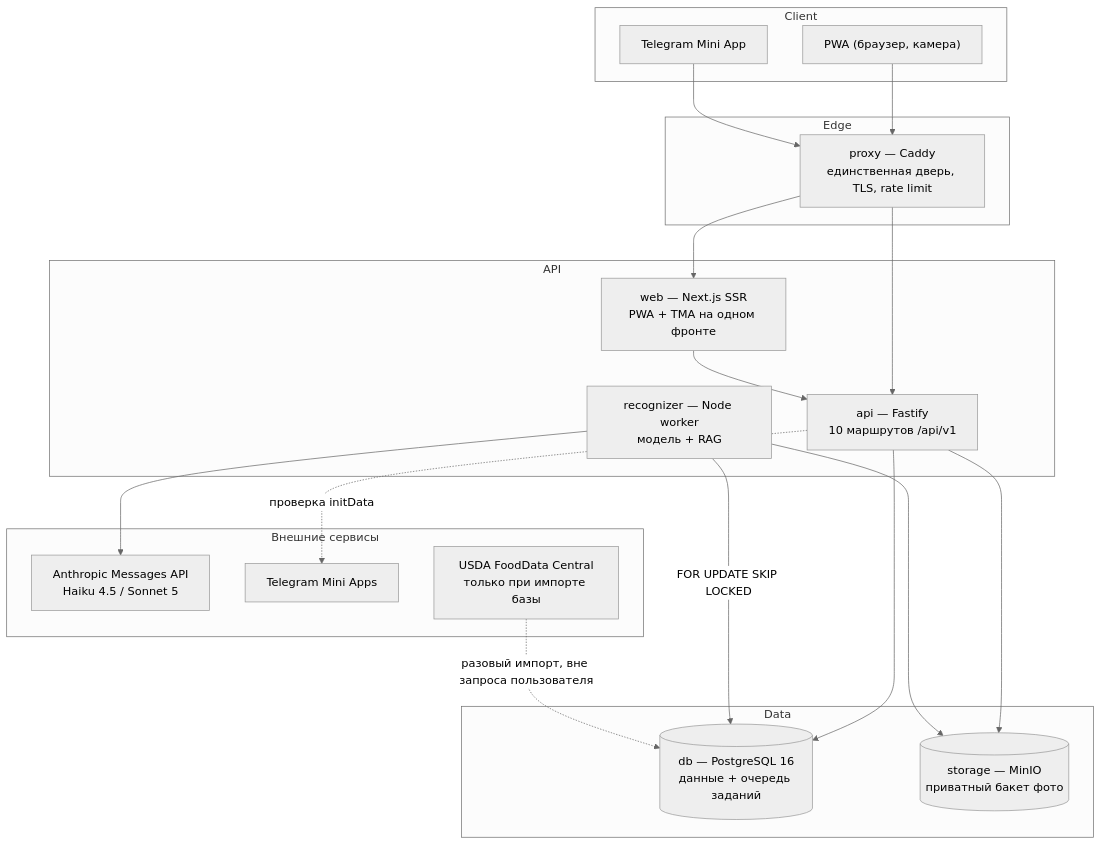
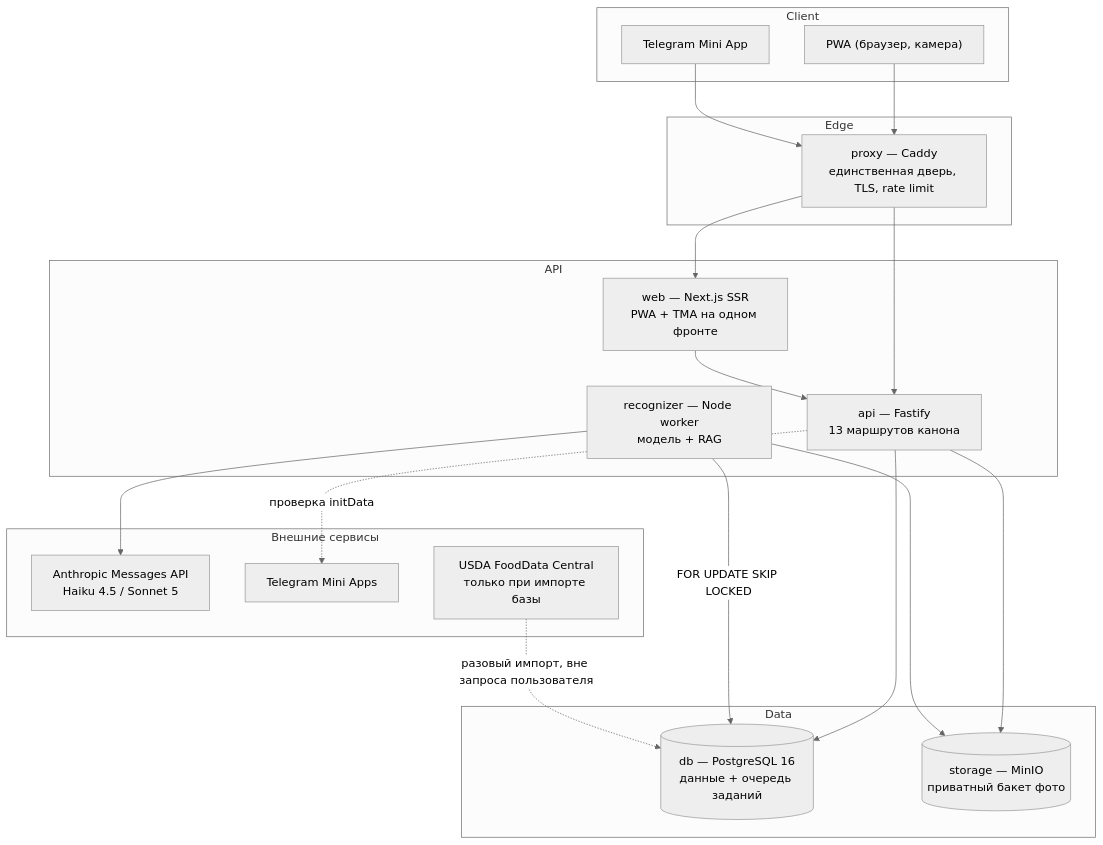
One commit to djd1m/2026-AUG-PU-Projects changed the diagram in projects/04-calorie-vision-cal-ai/docs/Architecture.md. Above: the diagram before and after it, drawn with Mermaid (neutral theme). The commit also changed other lines of this file and 12 other files, not shown here.

````diff
--- a/projects/04-calorie-vision-cal-ai/docs/Architecture.md
+++ b/projects/04-calorie-vision-cal-ai/docs/Architecture.md
@@ -18,37 +18,37 @@
 ```mermaid
 flowchart TB
     subgraph Client["Client"]
         PWA["PWA (браузер, камера)"]
         TMA["Telegram Mini App"]
     end
     subgraph Edge["Edge"]
         CADDY["proxy — Caddy<br/>единственная дверь, TLS, rate limit"]
     end
     subgraph App["API"]
         WEB["web — Next.js SSR<br/>PWA + TMA на одном фронте"]
-        API["api — Fastify<br/>10 маршрутов /api/v1"]
+        API["api — Fastify<br/>13 маршрутов канона"]
         REC["recognizer — Node worker<br/>модель + RAG"]
     end
     subgraph Data["Data"]
         DB[("db — PostgreSQL 16<br/>данные + очередь заданий")]
         S3[("storage — MinIO<br/>приватный бакет фото")]
     end
     subgraph Ext["Внешние сервисы"]
         ANT["Anthropic Messages API<br/>Haiku 4.5 / Sonnet 5"]
         TG["Telegram Mini Apps"]
         USDA["USDA FoodData Central<br/>только при импорте базы"]
     end
 
     PWA --> CADDY
     TMA --> CADDY
     CADDY --> WEB
     CADDY --> API
     WEB --> API
     API --> DB
     API --> S3
     REC -->|"FOR UPDATE SKIP LOCKED"| DB
     REC --> S3
     REC --> ANT
     API -. "проверка initData" .-> TG
     USDA -. "разовый импорт, вне запроса пользователя" .-> DB
 ```
````
